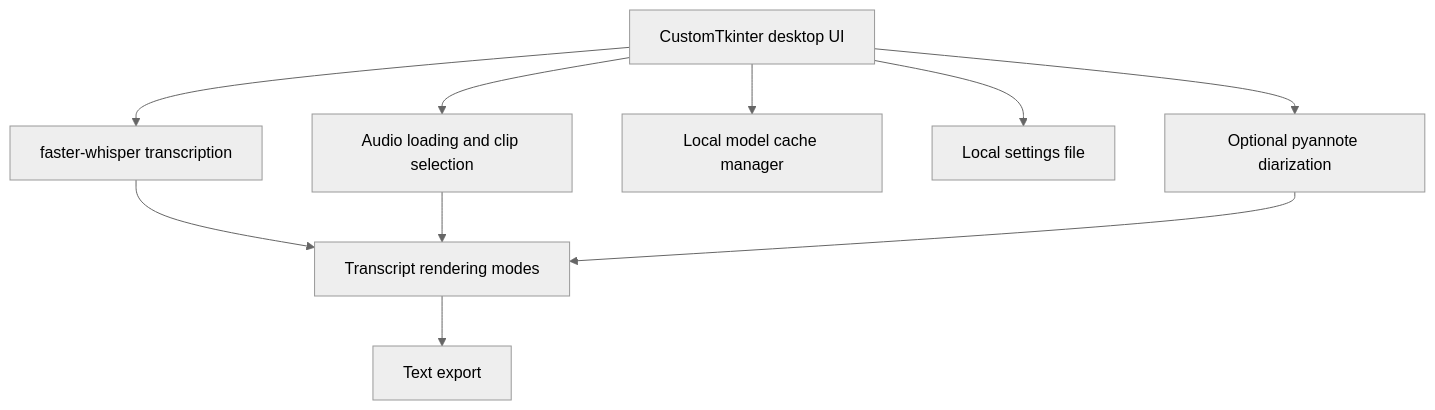
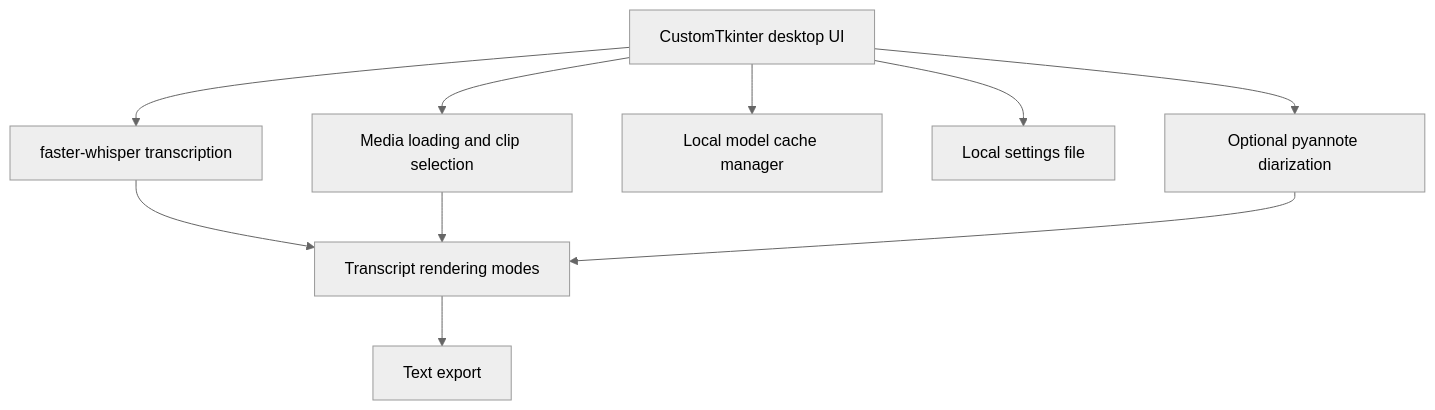
The second of 2 diagrams in README.md (k-f-m/MemoMorf), drawn with Mermaid (neutral theme) before and after one commit. The commit also changed other lines of this file and 16 other files, not shown here.

````diff
--- a/README.md
+++ b/README.md
@@ -55,12 +55,12 @@
 ```mermaid
 flowchart TB
-	UI[CustomTkinter desktop UI] --> AUDIO[Audio loading and clip selection]
+	UI[CustomTkinter desktop UI] --> AUDIO[Media loading and clip selection]
 	UI --> WHISPER[faster-whisper transcription]
 	UI --> CACHE[Local model cache manager]
 	UI --> SETTINGS[Local settings file]
 	WHISPER --> TRANSCRIPT[Transcript rendering modes]
 	AUDIO --> TRANSCRIPT
 	TRANSCRIPT --> EXPORT[Text export]
 	UI --> DIARIZATION[Optional pyannote diarization]
 	DIARIZATION --> TRANSCRIPT
 ```
````
